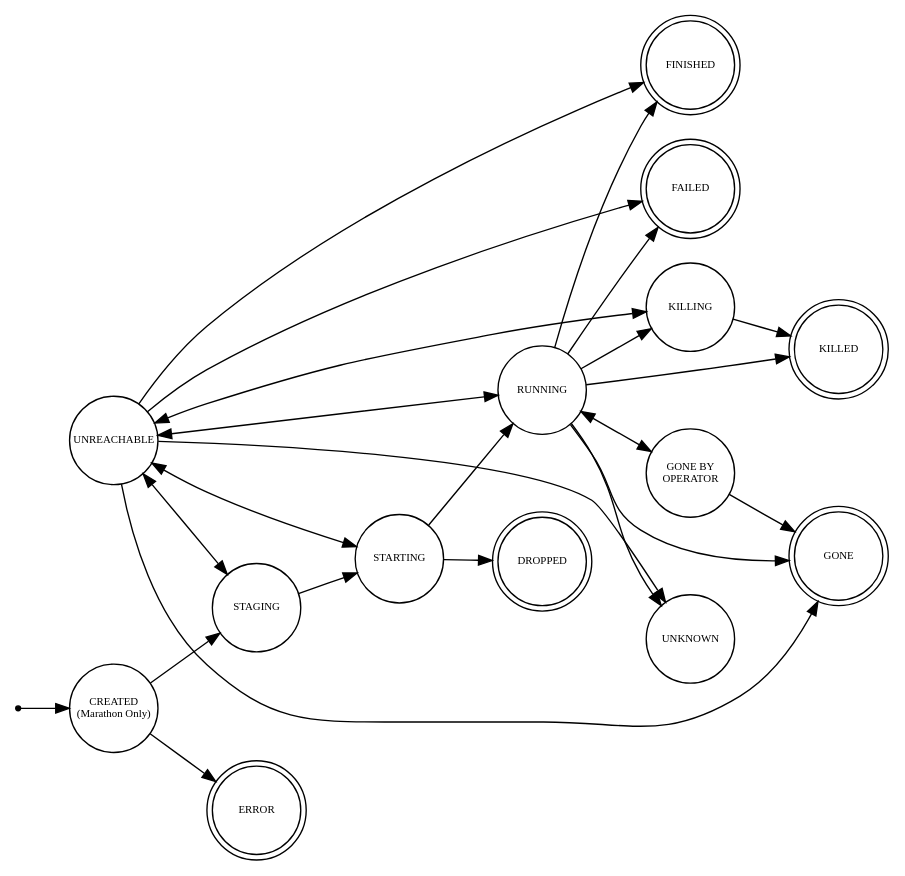
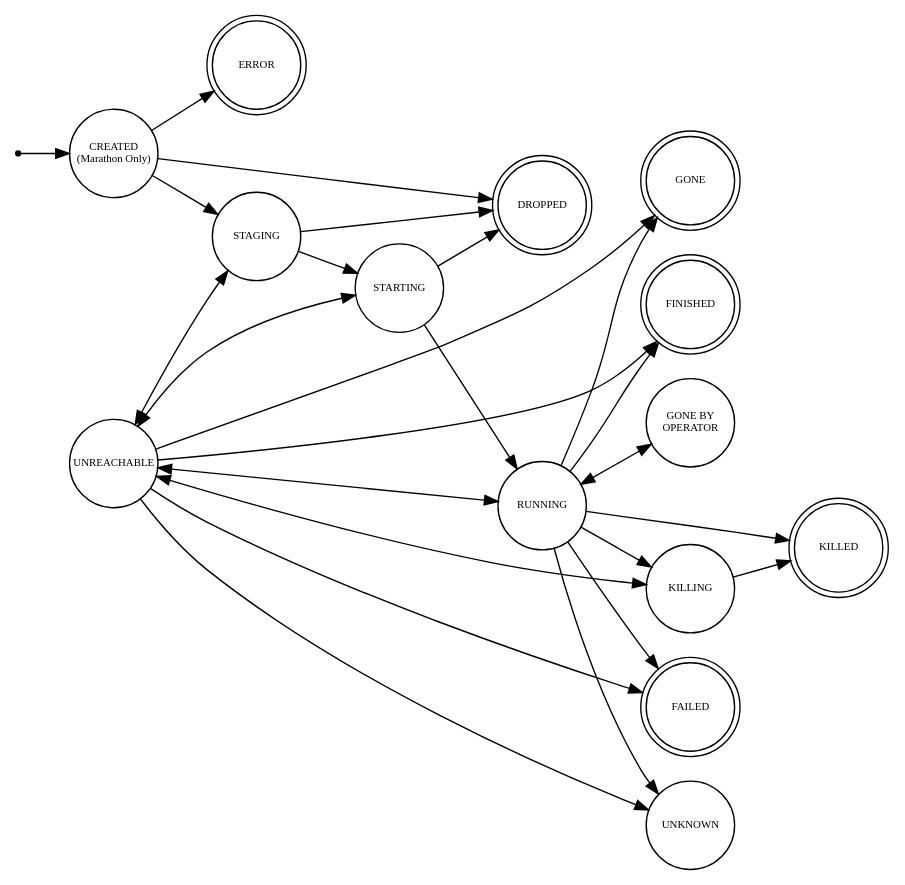
One commit to mesosphere/marathon changed the diagram in task_status_fsm.dot. Above: the diagram before and after it, drawn with Graphviz. The commit also changed 1 other file, not shown here.

```diff
--- a/task_status_fsm.dot
+++ b/task_status_fsm.dot
@@ -1,116 +1,116 @@
 digraph task_status_fsm {
     //layout = "fdp"
     rankdir = LR
 
     node [shape = point]; start;
 
     node [ fontsize = 8
          , fixedsize = true
          , width=0.9
          ]
 
 
       /**************************/
      /** Non-terminal states **/
     /************************/
 	node [shape = circle];
 
     // Internal state for Marathon when a task start was requested.
     "CREATED\n(Marathon Only)";
 
     // Initial state. Framework status updates should not use.
     STAGING;
 
     // The task is being launched by the executor.
     STARTING;
 
 	RUNNING;
 
     // The task is being killed by the executor.
     KILLING;
 
     // The task was running on an agent that has lost contact with the
     // master, typically due to a network failure or partition. The task
     // may or may not still be running.
 	UNREACHABLE;
 
     // The task was running on an agent that the master cannot contact;
     // the operator has asserted that the agent has been shutdown, but
     // this has not been directly confirmed by the master. If the
     // operator is correct, the task is not running and this is a
     // terminal state; if the operator is mistaken, the task might still
     // be running, and might return to the RUNNING state in the future.
 	"GONE BY\nOPERATOR";
 
     // The master has no knowledge of the task. This is typically
     // because either (a) the master never had knowledge of the task, or
     // (b) the master forgot about the task because it garbaged
     // collected its metadata about the task. The task may or may not
     // still be running.
 	UNKNOWN;
 
       /*************************/
      /**** Terminal states ****/
     /*************************/
 	node [shape = doublecircle];
 
     // The task was running on an agent that has been shutdown (e.g.,
     // the agent become partitioned, rebooted, and then reconnected to
     // the master; any tasks running before the reboot will transition
     // from UNREACHABLE to GONE). The task is no longer running. This is
     // a terminal state.
     GONE;
 
     // The task finished successfully.
     FINISHED;
 
     // The task failed to finish successfully.
     FAILED;
 
     // The task was killed by the executor.
     KILLED;
 
     // The task description contains an error.
     ERROR;
 
     // The task failed to launch because of a transient error. The
     // task's executor never started running. Unlike TASK_ERROR, the
     // task description is valid -- attempting to launch the task again
     // may be successful. This is a terminal state.
 	DROPPED;
 
     start -> "CREATED\n(Marathon Only)";
     "CREATED\n(Marathon Only)" -> ERROR;
     "CREATED\n(Marathon Only)" -> STAGING;
+    "CREATED\n(Marathon Only)" -> DROPPED;
     STAGING -> STARTING;
+    STAGING -> DROPPED;
     STARTING -> RUNNING;
     STARTING -> DROPPED;
 
     RUNNING -> GONE;
     RUNNING -> "GONE BY\nOPERATOR" [dir = both];
     RUNNING -> FAILED;
     RUNNING -> FINISHED;
     RUNNING -> UNKNOWN;
     RUNNING -> KILLING;
 
     // A task can go right to being killed without going through killing phase.
     RUNNING -> KILLED;
 
     KILLING -> KILLED;
 
-    "GONE BY\nOPERATOR" -> GONE;
-
     // A task can come back from being UNREACHABLE to any state. HOWEVER, if a
     // task was state A and then UNREACHABLE it comes back only to being A. So
     // UNREACHABLE is not transitive.
     UNREACHABLE -> GONE;
     UNREACHABLE -> FAILED;
     UNREACHABLE -> FINISHED;
     UNREACHABLE -> RUNNING  [dir = both];
     UNREACHABLE -> STARTING  [dir = both];
     UNREACHABLE -> STAGING  [dir = both];
     UNREACHABLE -> KILLING  [dir = both];
 
     // This means that the task got garbage collected.
     UNREACHABLE -> UNKNOWN;
 }
```
